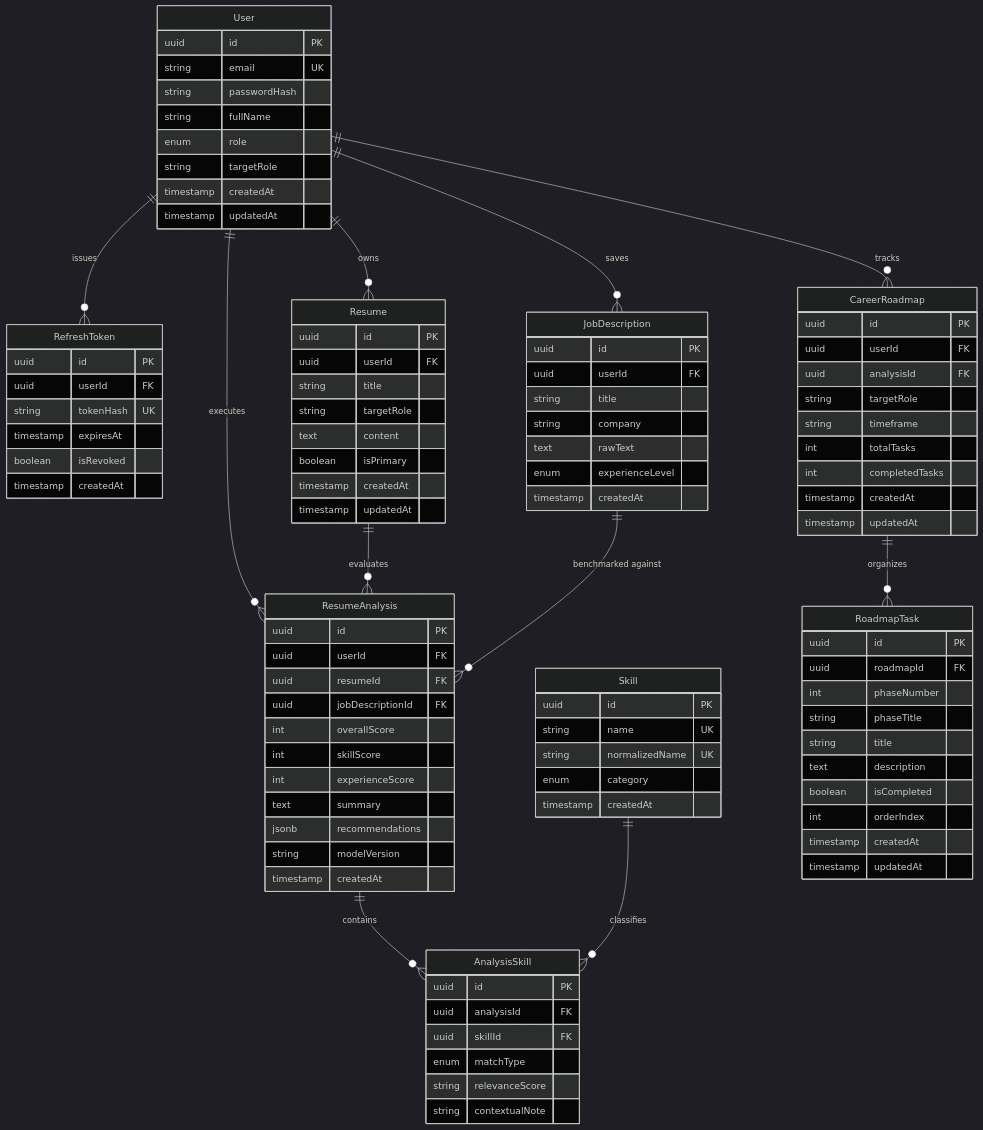
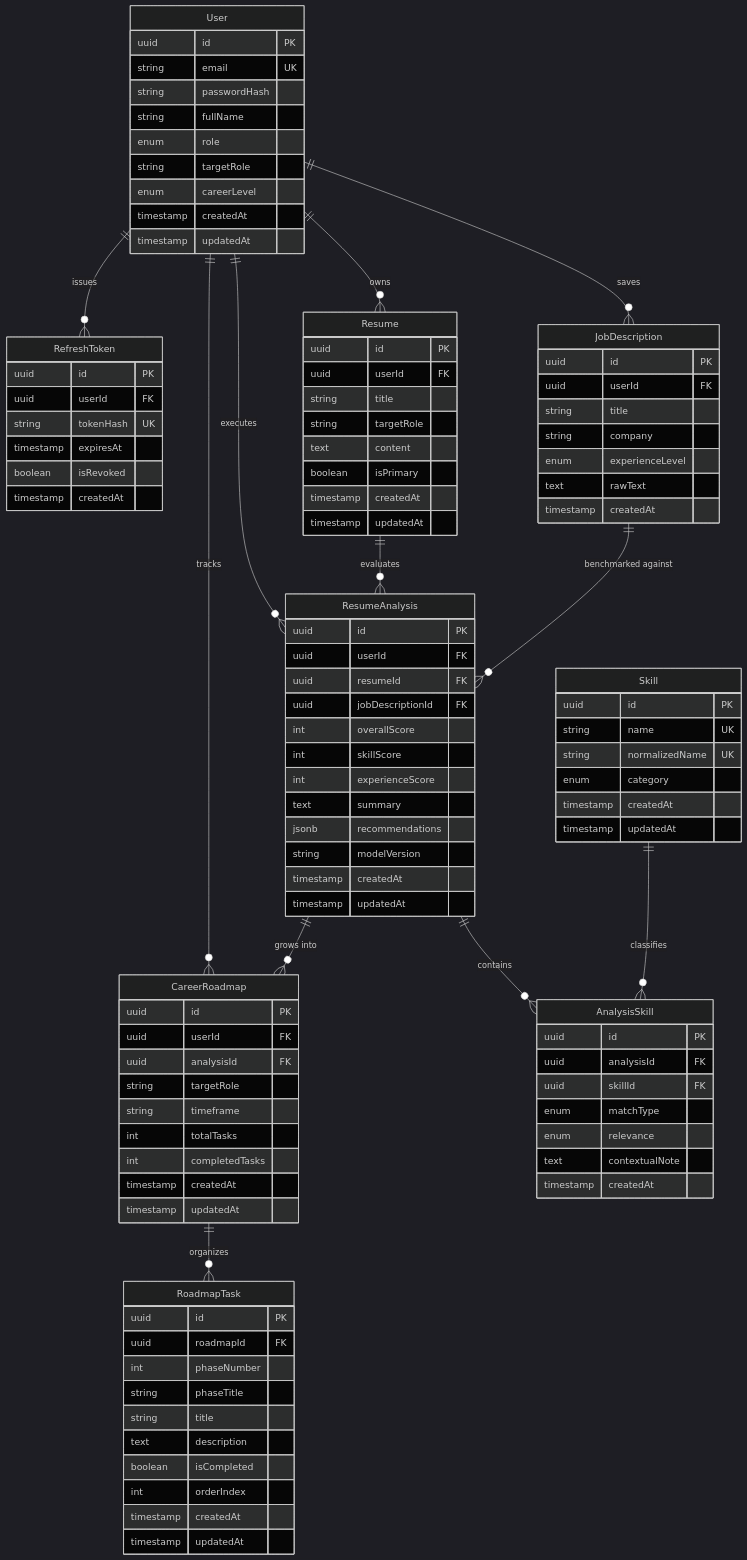
One commit to bashar35790/CareerPilot-AI changed the diagram in docs/DATABASE_DESIGN.md. Above: the diagram before and after it, drawn with Mermaid (dark theme). The commit also changed other lines of this file and 11 other files, not shown here.

```diff
--- a/docs/DATABASE_DESIGN.md
+++ b/docs/DATABASE_DESIGN.md
@@ -30,15 +29,16 @@
     User ||--o{ JobDescription : saves
     User ||--o{ ResumeAnalysis : executes
     User ||--o{ CareerRoadmap : tracks
-    
+
     Resume ||--o{ ResumeAnalysis : evaluates
     JobDescription ||--o{ ResumeAnalysis : "benchmarked against"
-    
+
     ResumeAnalysis ||--o{ AnalysisSkill : contains
+    ResumeAnalysis ||--o{ CareerRoadmap : "grows into"
     Skill ||--o{ AnalysisSkill : classifies
-    
+
     CareerRoadmap ||--o{ RoadmapTask : organizes
-    
+
     User {
         uuid id PK
         string email UK
@@ -46,6 +46,7 @@
         string fullName
         enum role
         string targetRole
+        enum careerLevel
         timestamp createdAt
         timestamp updatedAt
     }
@@ -75,8 +76,8 @@
         uuid userId FK
         string title
         string company
+        enum experienceLevel
         text rawText
-        enum experienceLevel
         timestamp createdAt
     }
 
@@ -92,6 +93,7 @@
         jsonb recommendations
         string modelVersion
         timestamp createdAt
+        timestamp updatedAt
     }
 
     Skill {
@@ -100,6 +102,7 @@
         string normalizedName UK
         enum category
         timestamp createdAt
+        timestamp updatedAt
     }
 
     AnalysisSkill {
@@ -107,8 +110,9 @@
         uuid analysisId FK
         uuid skillId FK
         enum matchType
-        string relevanceScore
-        string contextualNote
+        enum relevance
+        text contextualNote
+        timestamp createdAt
     }
 
     CareerRoadmap {
```
